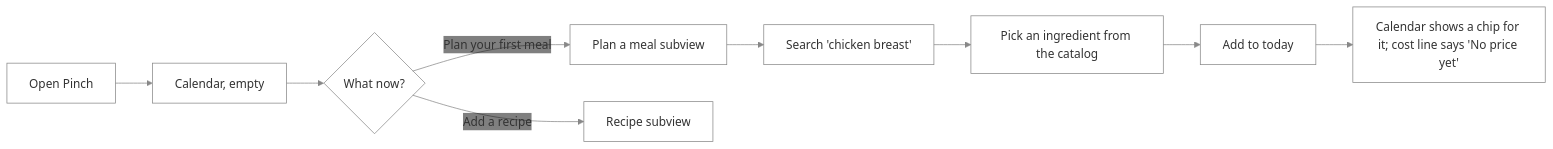
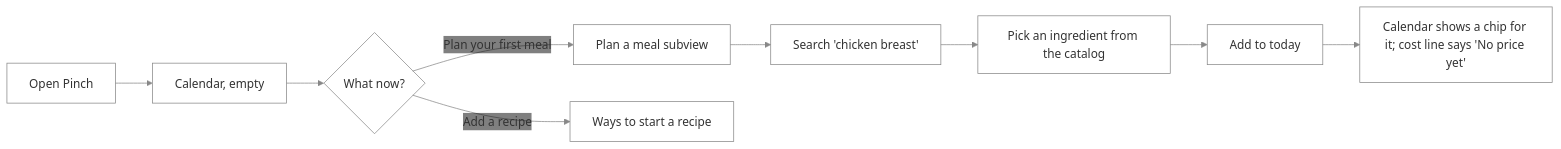
One commit to NovaMoonX/moondreams-dev-apps changed diagram 25 of 31 in src/apps/pinch/UX.md. Above: the diagram before and after it, drawn with Mermaid. The commit also changed other lines of this file and 2 other files, not shown here.

First line of the commit message:
Pinch redesign: docs for the recipe start flow, nutrition basis, view options and help modal

````diff
--- a/src/apps/pinch/UX.md
+++ b/src/apps/pinch/UX.md
@@ -754,7 +829,7 @@
 ```mermaid
 %%{init: {'theme': 'base', 'themeVariables': {'primaryColor': 'transparent', 'clusterBkg': 'transparent', 'primaryBorderColor': '#888888', 'clusterBorder': '#888888', 'lineColor': '#888888', 'primaryTextColor': '#333333'}}}%%
 flowchart LR
     A[Open Pinch] --> B["Calendar, empty"] --> C{"What now?"}
     C -->|Plan your first meal| D["Plan a meal subview"] --> E["Search 'chicken breast'"] --> F["Pick an ingredient from the catalog"] --> G["Add to today"] --> H["Calendar shows a chip for it; cost line says 'No price yet'"]
-    C -->|Add a recipe| I["Recipe subview"]
+    C -->|Add a recipe| I["Ways to start a recipe"]
 ```
````
